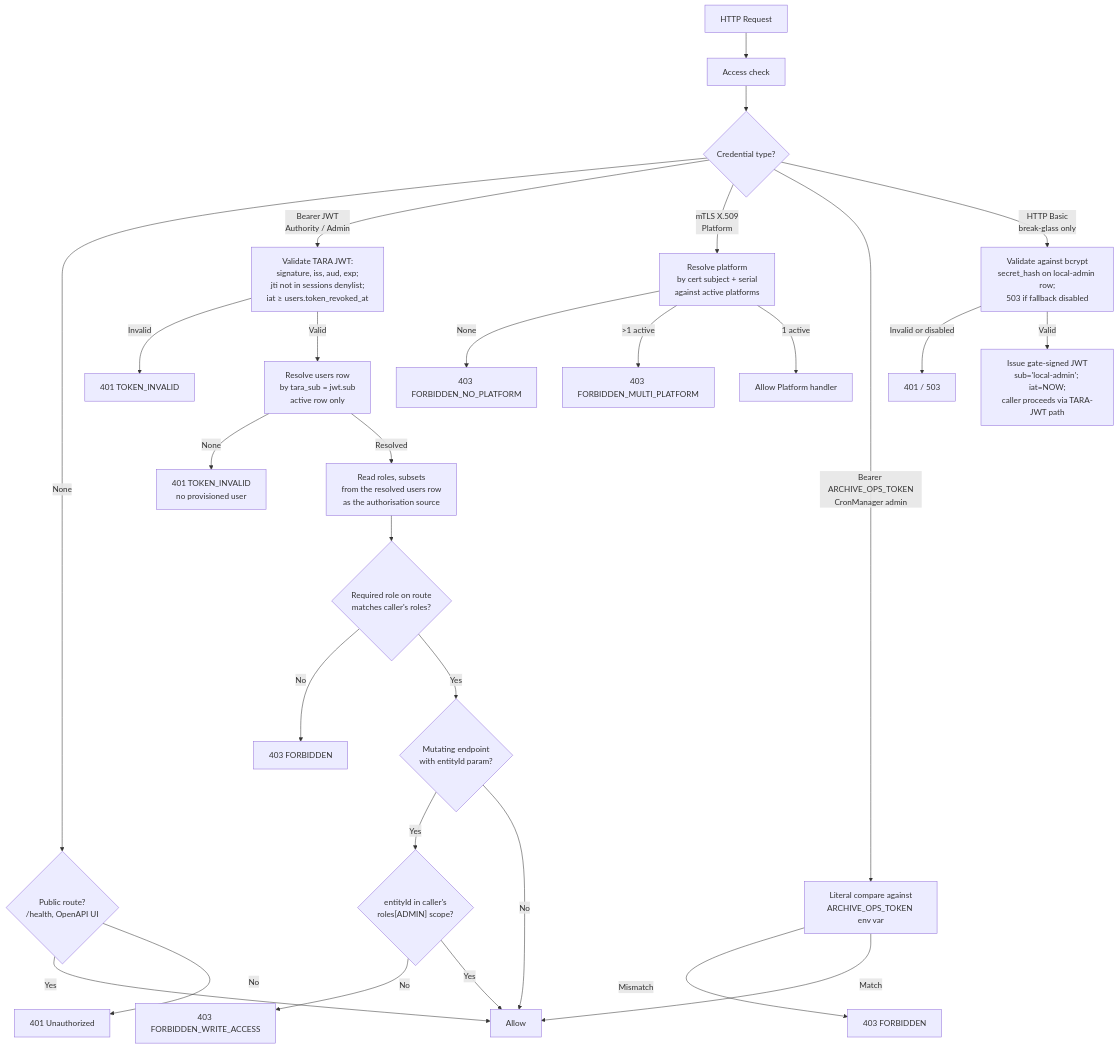
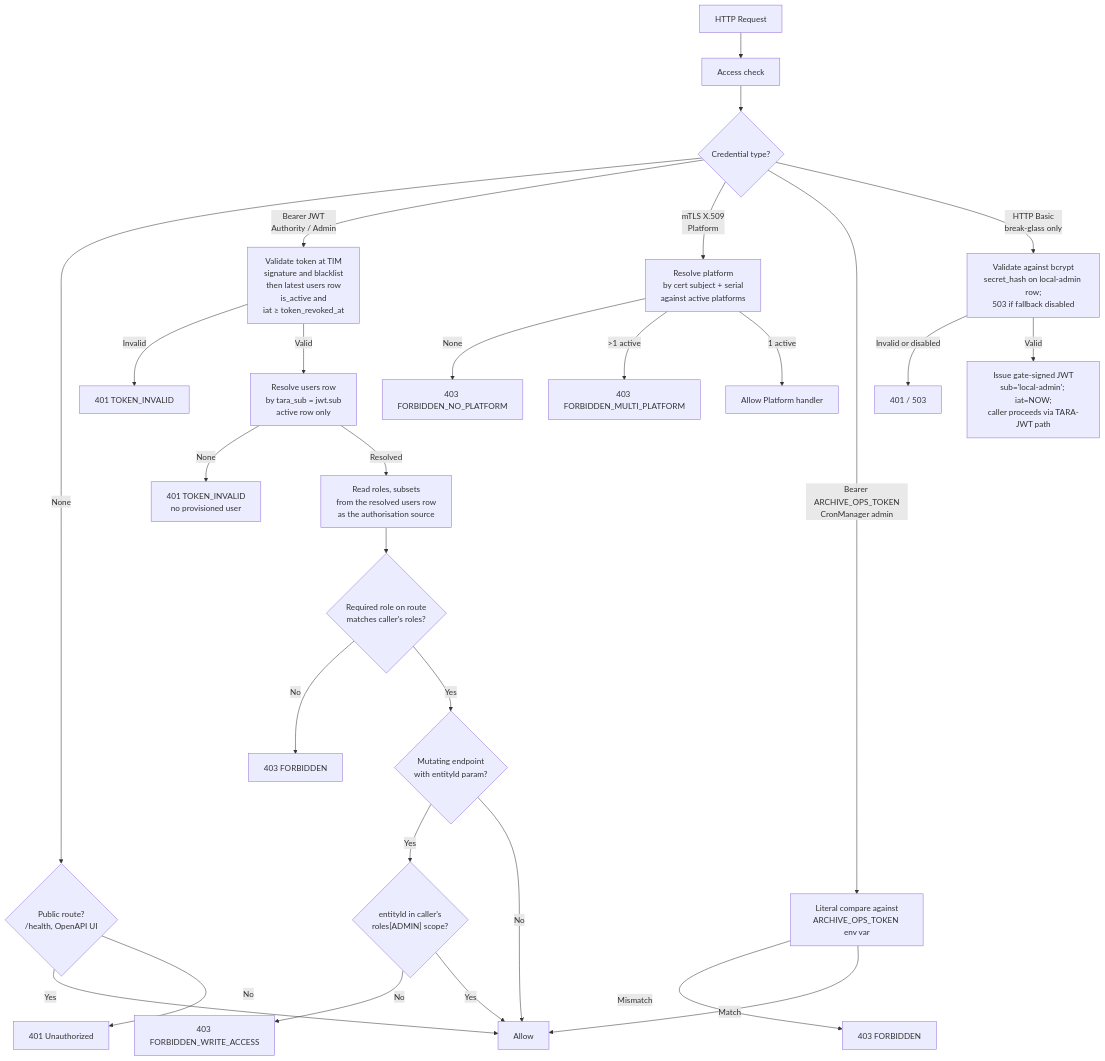
The first of 4 diagrams in docs/specs/permissions-matrix.md (kemit-ee/efti-gate-ee), drawn with Mermaid before and after one commit. The commit also changed other lines of this file and 24 other files, not shown here.

Commit message:
feat(auth): mocked-TARA login, TIM-issued JWT, Ruuter access guards

````diff
--- a/docs/specs/permissions-matrix.md
+++ b/docs/specs/permissions-matrix.md
@@ -20,30 +28,30 @@
 ```mermaid
 graph TD
     REQ[HTTP Request] --> AC[Access check]
     AC --> CRED{Credential type?}
     CRED -->|None| PUB{Public route?<br/>/health, OpenAPI UI}
     PUB -->|Yes| ALLOW[Allow]
     PUB -->|No| UNAUTH[401 Unauthorized]
-    CRED -->|Bearer JWT<br/>Authority / Admin| TARA[Validate TARA JWT:<br/>signature, iss, aud, exp;<br/>jti not in sessions denylist;<br/>iat ≥ users.token_revoked_at]
+    CRED -->|Bearer JWT<br/>Authority / Admin| TARA[Validate token at TIM<br/>signature and blacklist<br/>then latest users row<br/>is_active and<br/>iat ≥ token_revoked_at]
     CRED -->|mTLS X.509<br/>Platform| MTLS[Resolve platform<br/>by cert subject + serial<br/>against active platforms]
     CRED -->|Bearer ARCHIVE_OPS_TOKEN<br/>CronManager admin| OPS[Literal compare against<br/>ARCHIVE_OPS_TOKEN env var]
     CRED -->|HTTP Basic<br/>break-glass only| BG[Validate against bcrypt<br/>secret_hash on local-admin row;<br/>503 if fallback disabled]
     TARA -->|Invalid| ERR401[401 TOKEN_INVALID]
     TARA -->|Valid| TARASUB[Resolve users row<br/>by tara_sub = jwt.sub<br/>active row only]
     TARASUB -->|None| NOUSER[401 TOKEN_INVALID<br/>no provisioned user]
     TARASUB -->|Resolved| AUTHZ[Read roles, subsets<br/>from the resolved users row<br/>as the authorisation source]
     MTLS -->|None| NOPLAT[403 FORBIDDEN_NO_PLATFORM]
     MTLS -->|>1 active| MULTI[403 FORBIDDEN_MULTI_PLATFORM]
     MTLS -->|1 active| ALLOWPLAT[Allow Platform handler]
     OPS -->|Mismatch| OPSDENY[403 FORBIDDEN]
     OPS -->|Match| ALLOW
     BG -->|Invalid or disabled| BGFAIL[401 / 503]
     BG -->|Valid| BGTOKEN[Issue gate-signed JWT<br/>sub='local-admin'; iat=NOW;<br/>caller proceeds via TARA-JWT path]
     AUTHZ --> ROLECHECK{Required role on route<br/>matches caller's roles?}
     ROLECHECK -->|No| ERR403[403 FORBIDDEN]
     ROLECHECK -->|Yes| WRITE{Mutating endpoint<br/>with entityId param?}
     WRITE -->|Yes| SCOPE{"entityId in caller's<br/>roles[ADMIN] scope?"}
     SCOPE -->|No| ERR403WA[403 FORBIDDEN_WRITE_ACCESS]
     SCOPE -->|Yes| ALLOW
     WRITE -->|No| ALLOW
 ```
````
